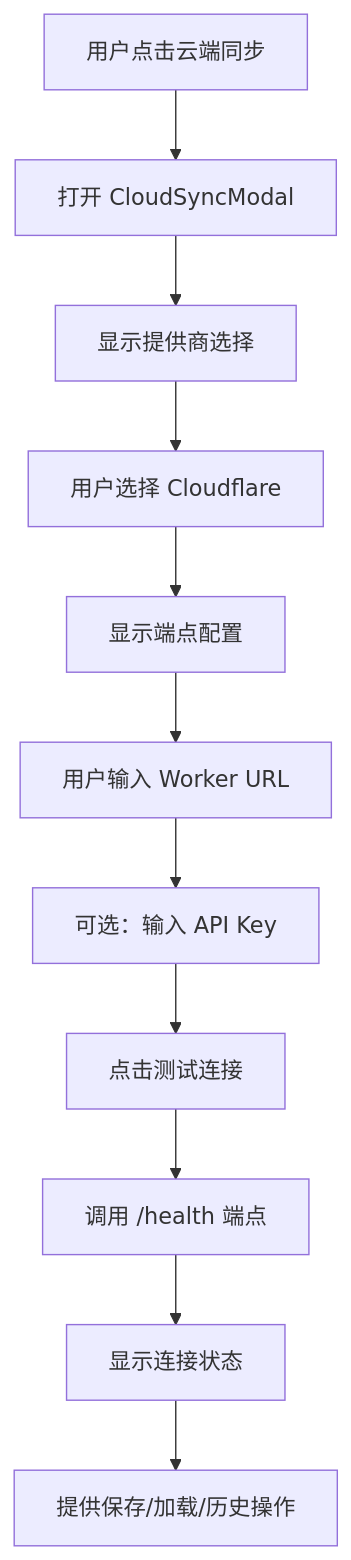
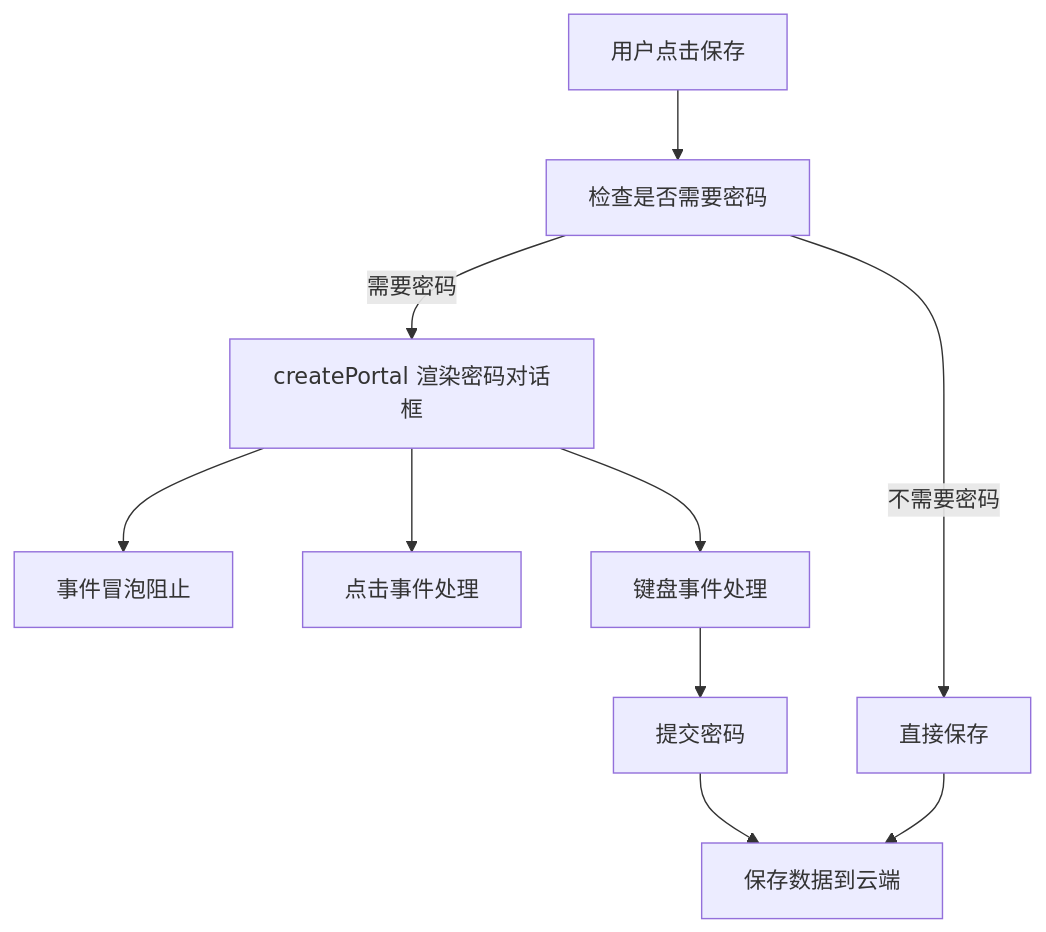
Diagram 16 of 18 in .qoder/repowiki/zh/content/开发者指南/开发者指南.md (steveyu2/formula-mapper), drawn with Mermaid before and after one commit. The commit also changed other lines of this file and 2 other files, not shown here.

````diff
--- a/.qoder/repowiki/zh/content/开发者指南/开发者指南.md
+++ b/.qoder/repowiki/zh/content/开发者指南/开发者指南.md
@@ -533,13 +595,12 @@
 ```mermaid
 flowchart TD
-A["用户点击云端同步"] --> B["打开 CloudSyncModal"]
-B --> C["显示提供商选择"]
-C --> D["用户选择 Cloudflare"]
-D --> E["显示端点配置"]
-E --> F["用户输入 Worker URL"]
-F --> G["可选：输入 API Key"]
-G --> H["点击测试连接"]
-H --> I["调用 /health 端点"]
-I --> J["显示连接状态"]
-J --> K["提供保存/加载/历史操作"]
+A["用户点击保存"] --> B["检查是否需要密码"]
+B --> |需要密码| C["createPortal 渲染密码对话框"]
+B --> |不需要密码| D["直接保存"]
+C --> E["事件冒泡阻止"]
+C --> F["点击事件处理"]
+C --> G["键盘事件处理"]
+D --> H["保存数据到云端"]
+G --> I["提交密码"]
+I --> H
 ```
````
